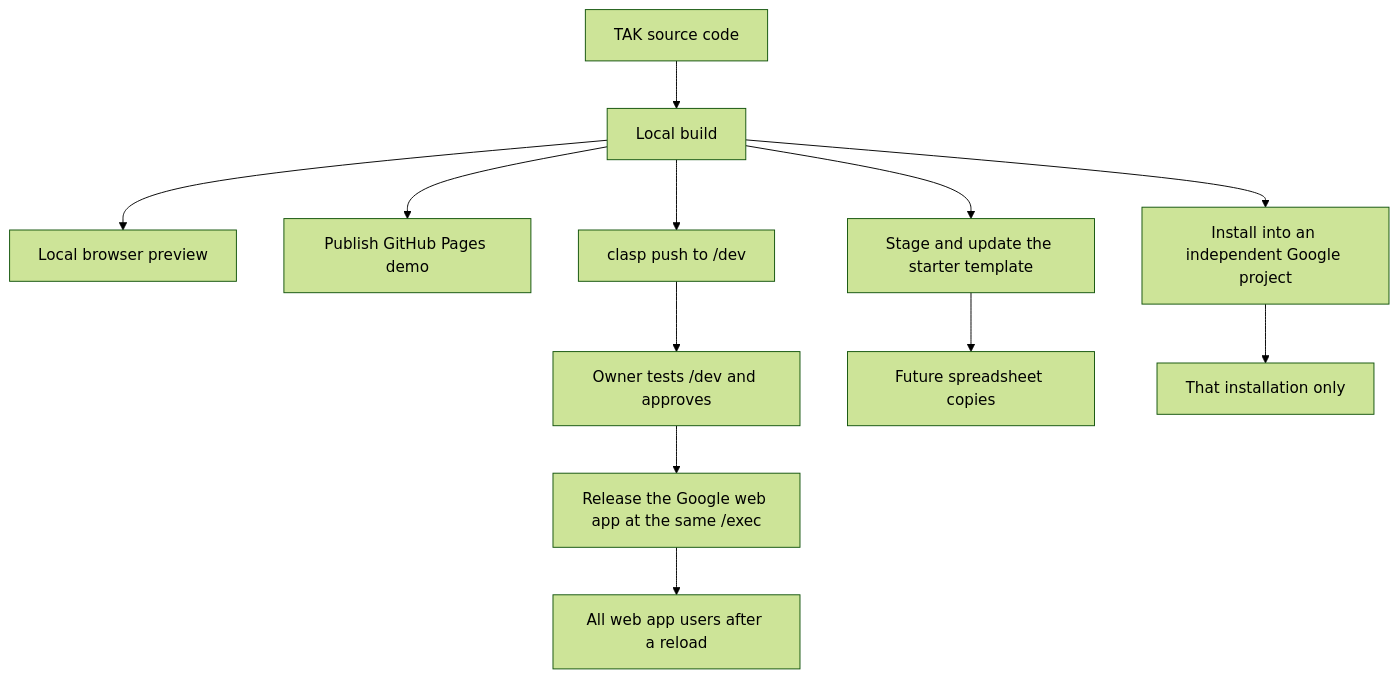
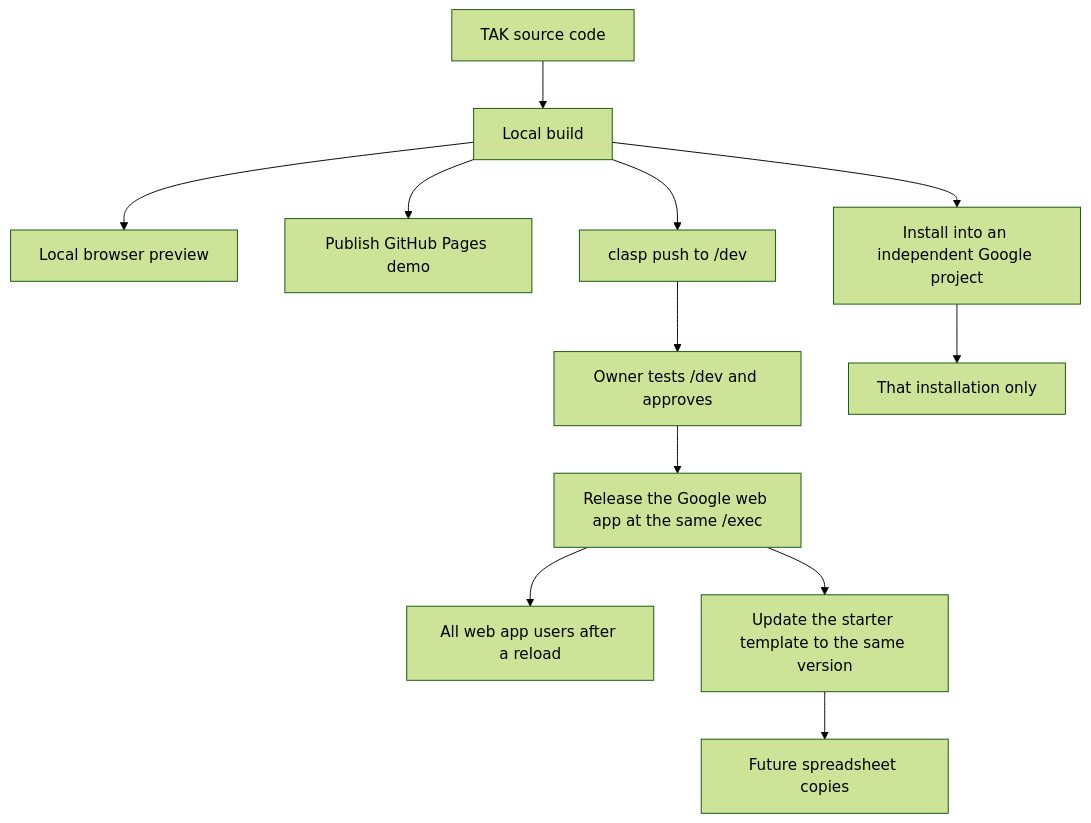
The second of 2 diagrams in readme.md (martingrossman/TAK), drawn with Mermaid (forest theme) before and after one commit. The commit also changed other lines of this file and 10 other files, not shown here.

First line of the commit message:
v1.1.4: every web app release also updates the starter template

````diff
--- a/readme.md
+++ b/readme.md
@@ -275,14 +275,14 @@
 ```mermaid
 flowchart TD
     source["TAK source code"] --> build["Local build"]
     build --> local["Local browser preview"]
     build --> pages["Publish GitHub Pages demo"]
     build --> dev["clasp push to /dev"]
     dev --> approve["Owner tests /dev and approves"]
     approve --> web["Release the Google web app at the same /exec"]
     web --> users["All web app users after a reload"]
-    build --> starter["Stage and update the starter template"]
+    web --> starter["Update the starter template to the same version"]
     starter --> copies["Future spreadsheet copies"]
     build --> independent["Install into an independent Google project"]
     independent --> owner["That installation only"]
 ```
````
